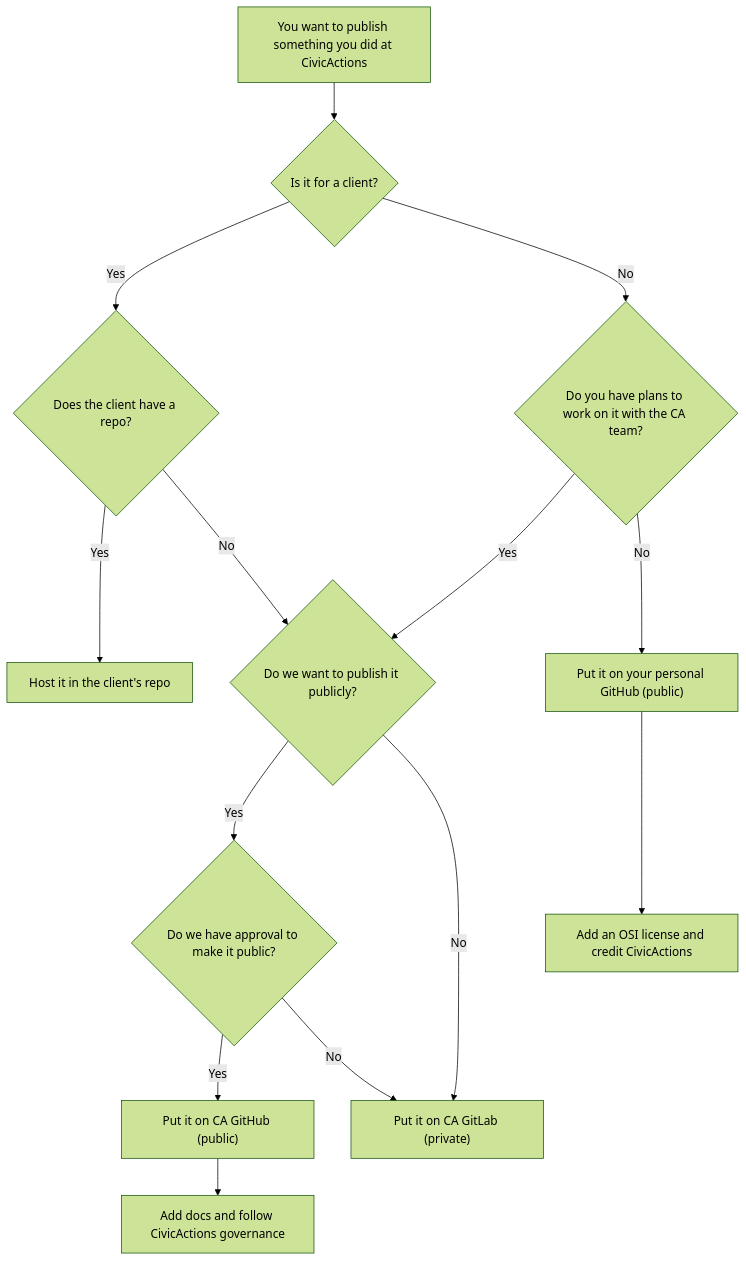
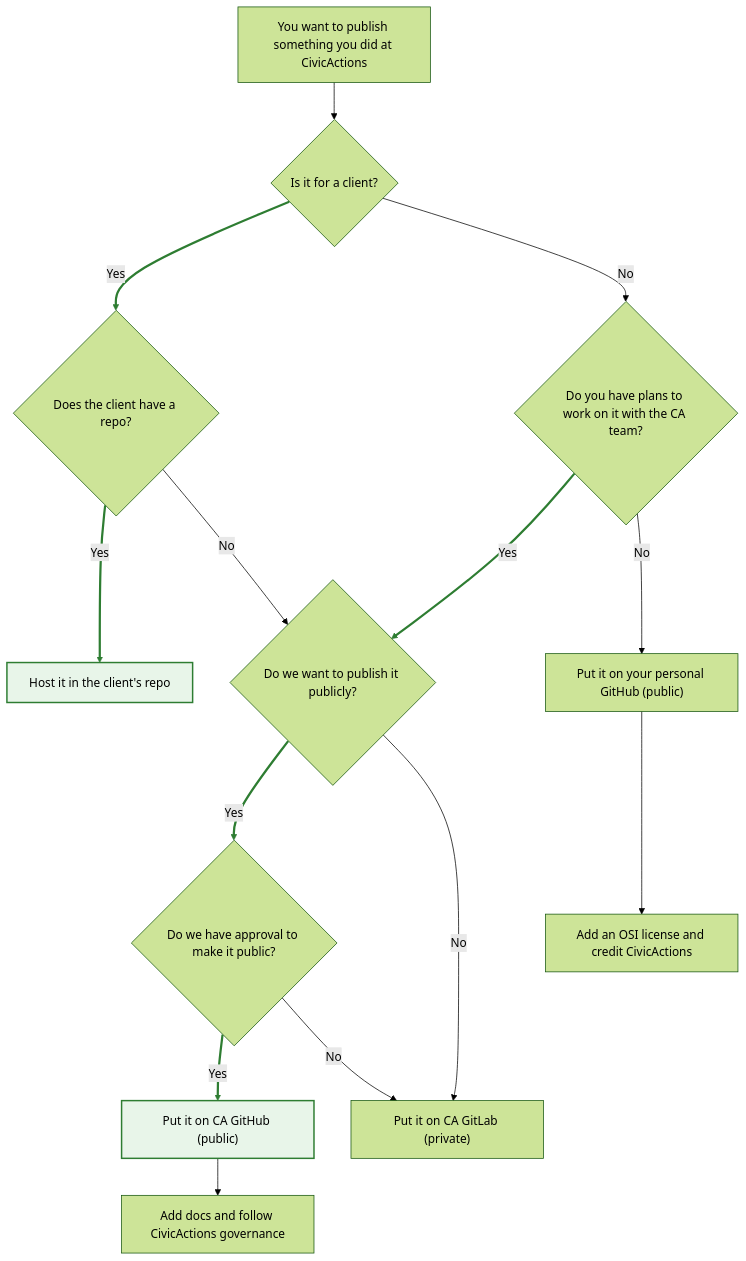
Before and after one commit to CivicActions/open-practice: the diagram in draft/code-management-guidance.md, drawn with Mermaid (forest theme).

Commit message:
Update code-management-guidance.md
adding color

````diff
--- a/draft/code-management-guidance.md
+++ b/draft/code-management-guidance.md
@@ -73,35 +73,43 @@
 ```mermaid
 flowchart TD
+    %% Nodes
     Project["You want to publish something you did at CivicActions"]
     Client{"Is it for a client?"}
     ClientRepo{"Does the client have a repo?"}
     NeedCA{"Do you have plans to work on it with the CA team?"}
     WantPublic{"Do we want to publish it publicly?"}
     Approval{"Do we have approval to make it public?"}
     UseClientRepo["Host it in the client's repo"]
     UseCAGH["Put it on CA GitHub (public)"]
     UseCAGL["Put it on CA GitLab (private)"]
     UsePersonalGH["Put it on your personal GitHub (public)"]
     Docs["Add docs and follow CivicActions governance"]
     DocsPersonal["Add an OSI license and credit CivicActions"]
 
+    %% Flow
     Project --> Client
     Client -->|Yes| ClientRepo
     Client -->|No| NeedCA
-
     ClientRepo -->|Yes| UseClientRepo
     ClientRepo -->|No| WantPublic
-
     NeedCA -->|Yes| WantPublic
     NeedCA -->|No| UsePersonalGH
-
     WantPublic -->|Yes| Approval
     WantPublic -->|No| UseCAGL
-
     Approval -->|Yes| UseCAGH
     Approval -->|No| UseCAGL
+    UseCAGH --> Docs
+    UsePersonalGH --> DocsPersonal
 
-    UseCAGH --> Docs
+    %% Preferred endpoints styling
+    classDef prefNode fill:#e8f5e9,stroke:#2e7d32,stroke-width:2px;
+    class UseClientRepo,UseCAGH prefNode;
 
-    UsePersonalGH --> DocsPersonal
+    %% Preferred edges styling (thicker + green)
+    linkStyle 1 stroke:#2e7d32,stroke-width:3px;
+    linkStyle 3 stroke:#2e7d32,stroke-width:3px;
+    linkStyle 5 stroke:#2e7d32,stroke-width:3px;
+    linkStyle 7 stroke:#2e7d32,stroke-width:3px;
+    linkStyle 9 stroke:#2e7d32,stroke-width:3px;
+
 ```
````
